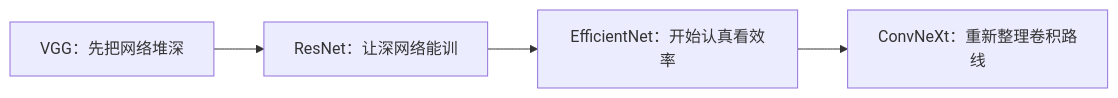
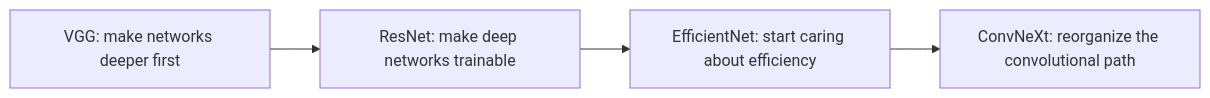
Before and after one commit to oudbiao/AI-fullstack-course: the diagram in docs/ch10-computer-vision/ch02-classification/02-modern-architectures.md, drawn with Mermaid. The commit also changed other lines of this file and 1406 other files, not shown here.

````diff
--- a/docs/ch10-computer-vision/ch02-classification/02-modern-architectures.md
+++ b/docs/ch10-computer-vision/ch02-classification/02-modern-architectures.md
@@ -44,6 +44,6 @@
 ```mermaid
 flowchart LR
-    A["VGG：先把网络堆深"] --> B["ResNet：让深网络能训"]
-    B --> C["EfficientNet：开始认真看效率"]
-    C --> D["ConvNeXt：重新整理卷积路线"]
+    A["VGG: make networks deeper first"] --> B["ResNet: make deep networks trainable"]
+    B --> C["EfficientNet: start caring about efficiency"]
+    C --> D["ConvNeXt: reorganize the convolutional path"]
 ```
````
